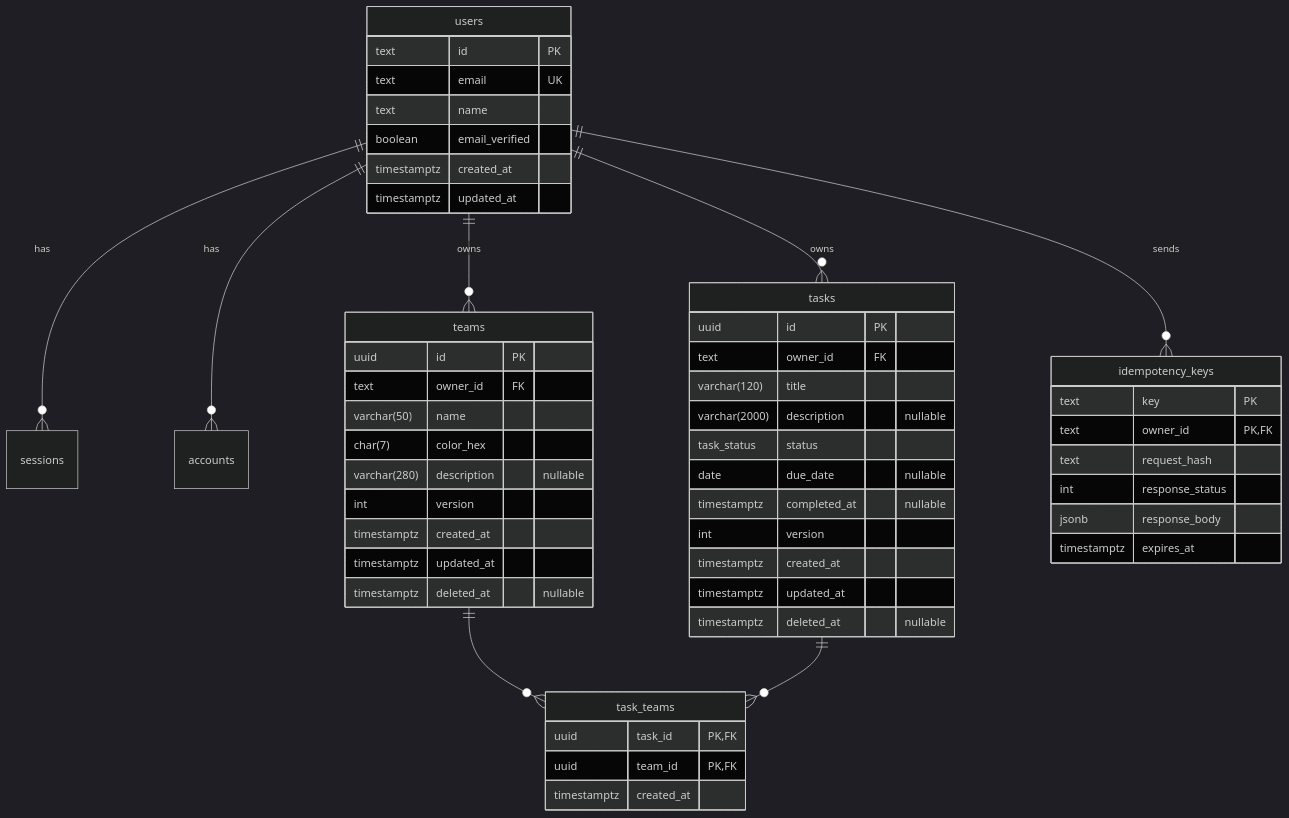
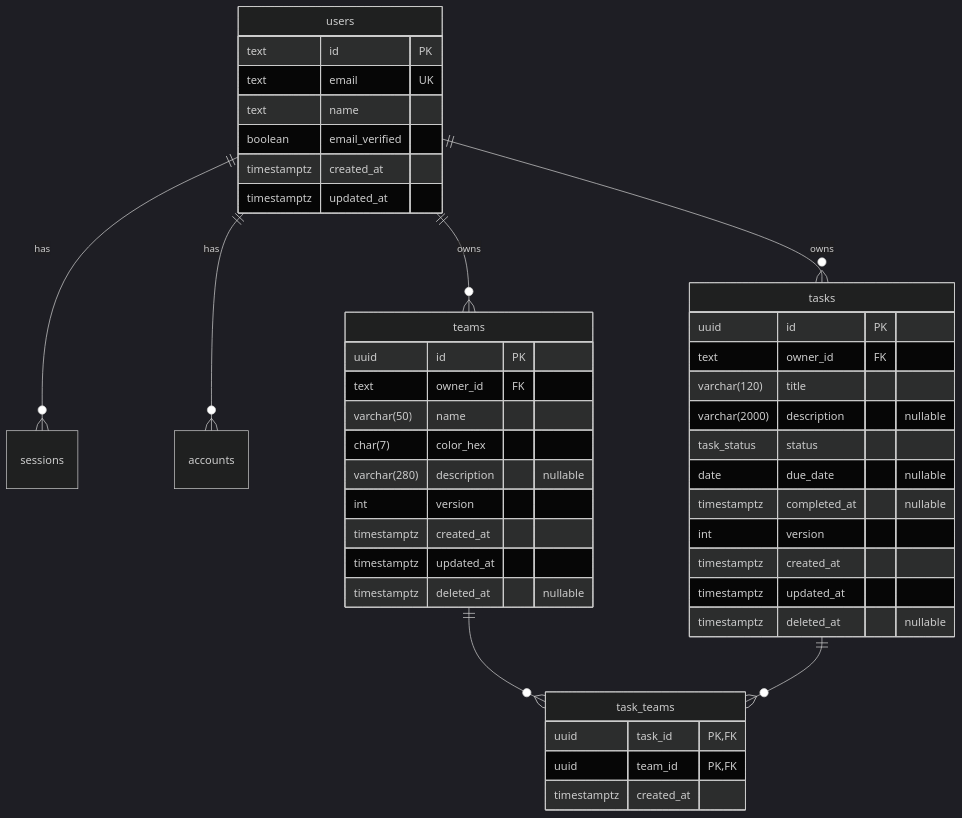
One commit to rodriguesdenis/hitss changed the diagram in README.md. Above: the diagram before and after it, drawn with Mermaid (dark theme). The commit also changed other lines of this file and 56 other files, not shown here.

````diff
--- a/README.md
+++ b/README.md
@@ -43,56 +34,47 @@
 ```mermaid
 erDiagram
   users ||--o{ sessions : has
   users ||--o{ accounts : has
   users ||--o{ teams : owns
   users ||--o{ tasks : owns
   teams ||--o{ task_teams : ""
   tasks ||--o{ task_teams : ""
-  users ||--o{ idempotency_keys : sends
 
   users {
     text id PK
     text email UK
     text name
     boolean email_verified
     timestamptz created_at
     timestamptz updated_at
   }
   teams {
     uuid id PK
     text owner_id FK
     varchar(50) name
     char(7) color_hex
     varchar(280) description "nullable"
     int version
     timestamptz created_at
     timestamptz updated_at
     timestamptz deleted_at "nullable"
   }
   tasks {
     uuid id PK
     text owner_id FK
     varchar(120) title
     varchar(2000) description "nullable"
     task_status status
     date due_date "nullable"
     timestamptz completed_at "nullable"
     int version
     timestamptz created_at
     timestamptz updated_at
     timestamptz deleted_at "nullable"
   }
   task_teams {
     uuid task_id PK, FK
     uuid team_id PK, FK
     timestamptz created_at
   }
-  idempotency_keys {
-    text key PK
-    text owner_id PK, FK
-    text request_hash
-    int response_status
-    jsonb response_body
-    timestamptz expires_at
-  }
 ```
````
